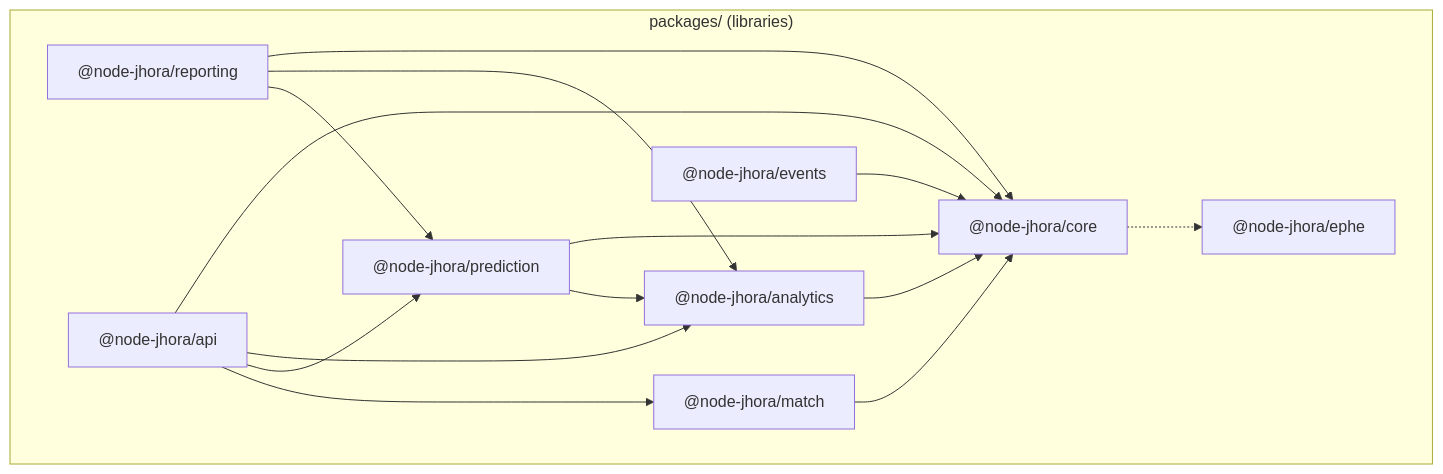
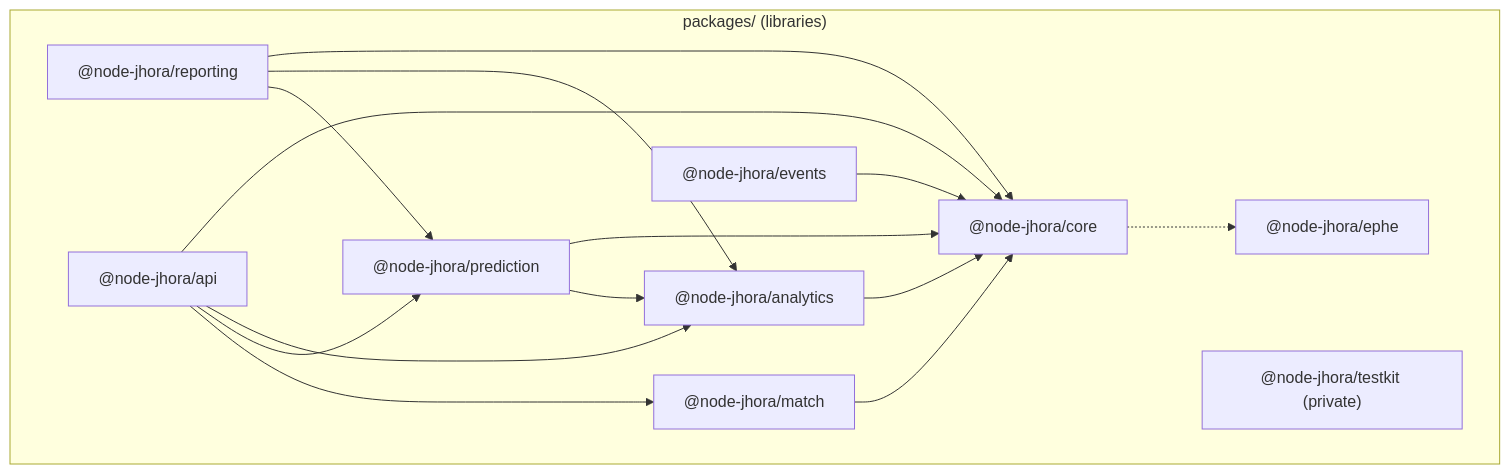
The diagram in docs/ARCHITECTURE.md (HariEshwar-J-A/node-jhora), drawn with Mermaid before and after one commit. The commit also changed other lines of this file and 21 other files, not shown here.

First line of the commit message:
feat(testkit): Define golden case schema [E2-S1-T1] (#251)

````diff
--- a/docs/ARCHITECTURE.md
+++ b/docs/ARCHITECTURE.md
@@ -9,27 +9,28 @@
 ```mermaid
 graph TD
     subgraph packages ["packages/ (libraries)"]
         Ephe["@node-jhora/ephe"]
         Core["@node-jhora/core"]
         Analytics["@node-jhora/analytics"]
         Prediction["@node-jhora/prediction"]
         Match["@node-jhora/match"]
         Events["@node-jhora/events"]
         Reporting["@node-jhora/reporting"]
         API["@node-jhora/api"]
+        Testkit["@node-jhora/testkit (private)"]
     end
 
     Core -.-> Ephe
     Analytics --> Core
     Prediction --> Core
     Prediction --> Analytics
     Match --> Core
     Events --> Core
     Reporting --> Core
     Reporting --> Analytics
     Reporting --> Prediction
     API --> Core
     API --> Analytics
     API --> Prediction
     API --> Match
 ```
````
